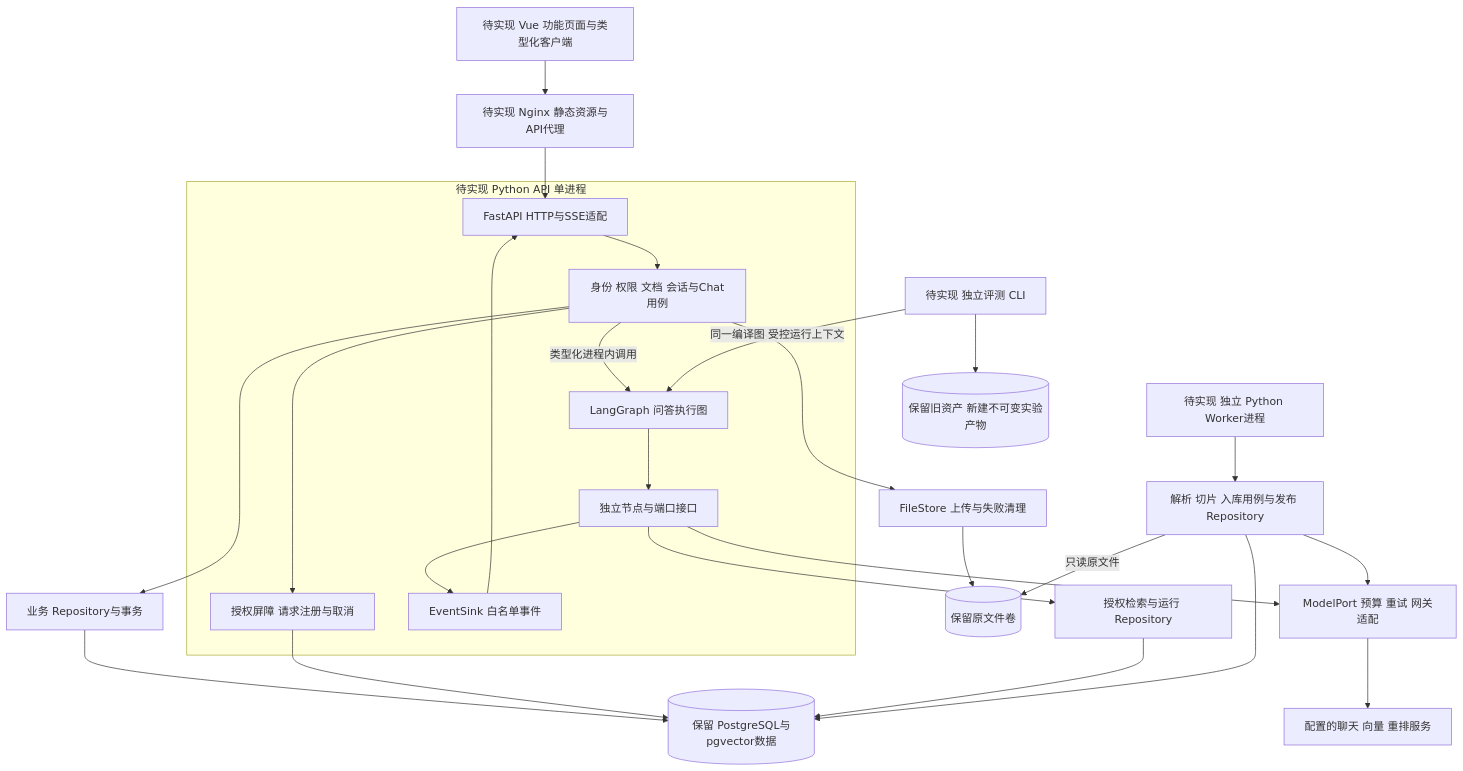
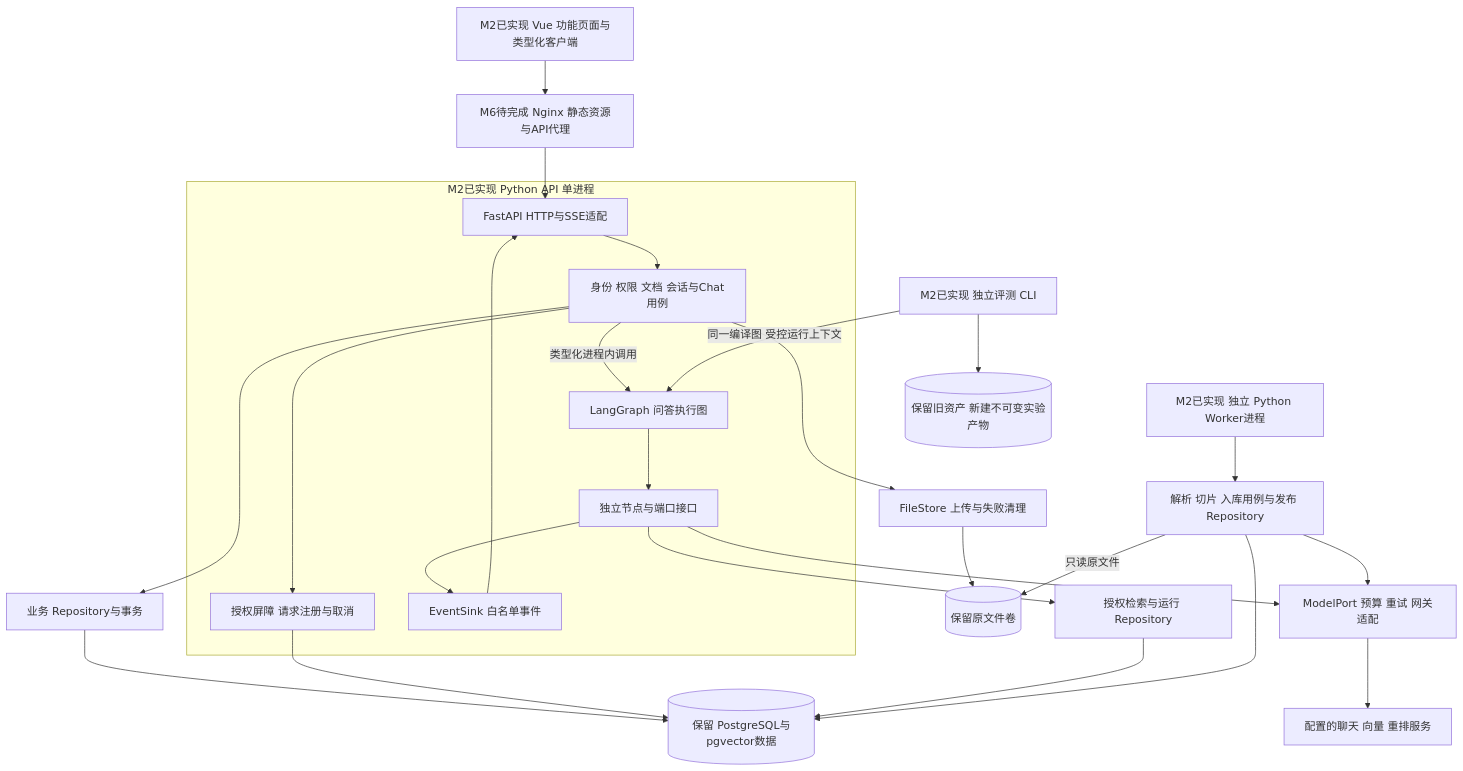
One commit to zjqylhy/it_helpdesk_rag changed the first of 2 diagrams in docs/redesign/technical-plan.md. Above: the diagram before and after it, drawn with Mermaid. The commit also changed other lines of this file and 72 other files, not shown here.

````diff
--- a/docs/redesign/technical-plan.md
+++ b/docs/redesign/technical-plan.md
@@ -30,28 +30,28 @@
 ```mermaid
 flowchart TB
-  V[待实现 Vue 功能页面与类型化客户端] --> WEB[待实现 Nginx 静态资源与API代理]
-  subgraph API[待实现 Python API 单进程]
+  V[M2已实现 Vue 功能页面与类型化客户端] --> WEB[M6待完成 Nginx 静态资源与API代理]
+  subgraph API[M2已实现 Python API 单进程]
     H[FastAPI HTTP与SSE适配] --> A[身份 权限 文档 会话与Chat用例]
     A --> AR[授权屏障 请求注册与取消]
     A -->|类型化进程内调用| LG[LangGraph 问答执行图]
     LG --> NP[独立节点与端口接口]
     NP --> ES[EventSink 白名单事件]
     ES --> H
   end
   WEB --> H
   A --> BR[业务 Repository与事务]
   BR --> DB[(保留 PostgreSQL与pgvector数据)]
   A --> FS[FileStore 上传与失败清理]
   FS --> FILE[(保留原文件卷)]
   AR --> DB
   NP --> PR[授权检索与运行 Repository]
   PR --> DB
   NP --> MP[ModelPort 预算 重试 网关适配]
   MP --> MODEL[配置的聊天 向量 重排服务]
-  WK[待实现 独立 Python Worker进程] --> ING[解析 切片 入库用例与发布 Repository]
+  WK[M2已实现 独立 Python Worker进程] --> ING[解析 切片 入库用例与发布 Repository]
   ING --> DB
   ING -->|只读原文件| FILE
   ING --> MP
-  EV[待实现 独立评测 CLI] -->|同一编译图 受控运行上下文| LG
+  EV[M2已实现 独立评测 CLI] -->|同一编译图 受控运行上下文| LG
   EV --> ART[(保留旧资产 新建不可变实验产物)]
 ```
````
